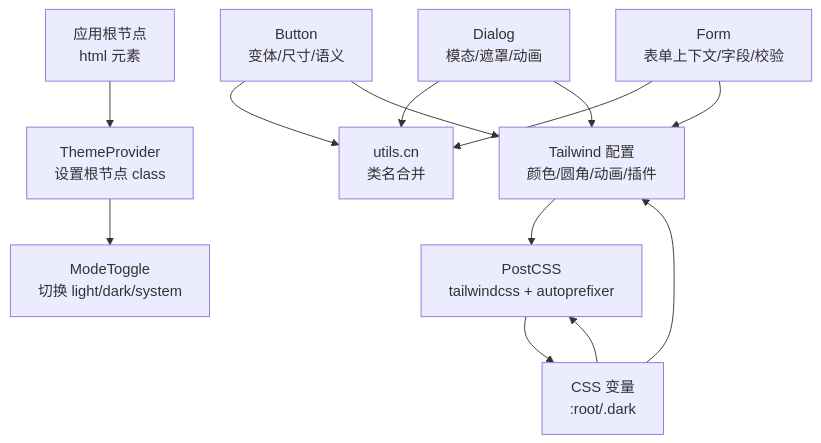
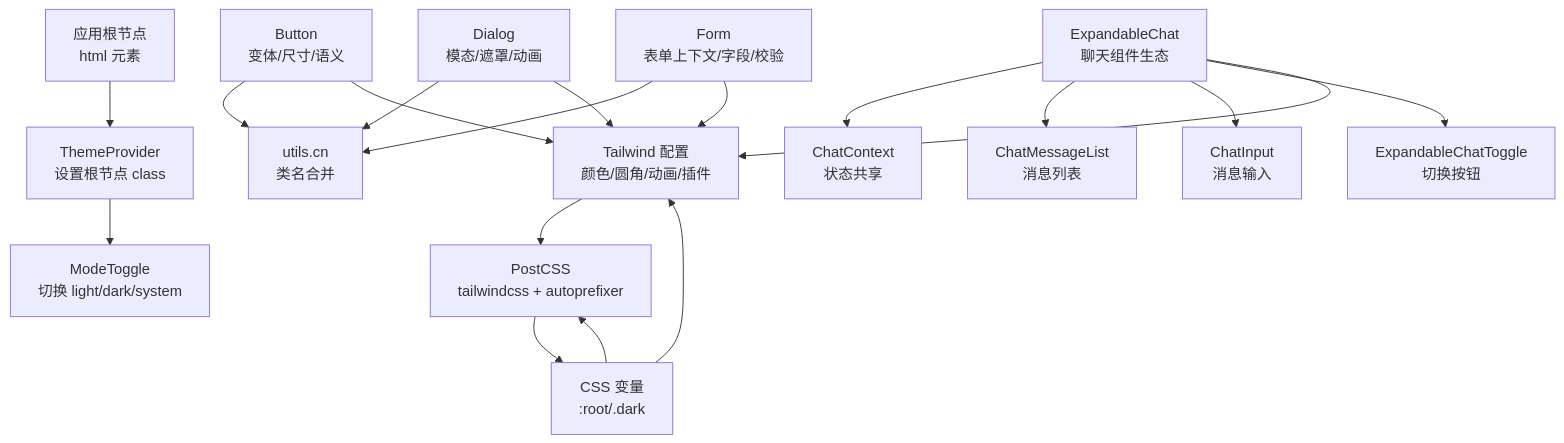
The second of 14 diagrams in .qoder/repowiki/zh/content/架构设计/UI组件架构/UI组件架构.md (LRF0422/Kotion), drawn with Mermaid before and after one commit. The commit also changed other lines of this file and 10 other files, not shown here.

````diff
--- a/.qoder/repowiki/zh/content/架构设计/UI组件架构/UI组件架构.md
+++ b/.qoder/repowiki/zh/content/架构设计/UI组件架构/UI组件架构.md
@@ -132,25 +146,35 @@
 ```mermaid
 graph TB
 ROOT["应用根节点<br/>html 元素"]
 TP["ThemeProvider<br/>设置根节点 class"]
 MT["ModeToggle<br/>切换 light/dark/system"]
 BTN["Button<br/>变体/尺寸/语义"]
 DLG["Dialog<br/>模态/遮罩/动画"]
 FRM["Form<br/>表单上下文/字段/校验"]
+EXPCHAT["ExpandableChat<br/>聊天组件生态"]
 UTIL["utils.cn<br/>类名合并"]
+CTX["ChatContext<br/>状态共享"]
+MSG["ChatMessageList<br/>消息列表"]
+INPUT["ChatInput<br/>消息输入"]
+TOGGLE["ExpandableChatToggle<br/>切换按钮"]
 TWCFG["Tailwind 配置<br/>颜色/圆角/动画/插件"]
 CSSVARS["CSS 变量<br/>:root/.dark"]
 POSTCSS["PostCSS<br/>tailwindcss + autoprefixer"]
 ROOT --> TP
 TP --> MT
 BTN --> UTIL
 DLG --> UTIL
 FRM --> UTIL
+EXPCHAT --> CTX
+EXPCHAT --> MSG
+EXPCHAT --> INPUT
+EXPCHAT --> TOGGLE
 BTN --> TWCFG
 DLG --> TWCFG
 FRM --> TWCFG
+EXPCHAT --> TWCFG
 CSSVARS --> TWCFG
 CSSVARS --> POSTCSS
 TWCFG --> POSTCSS
 POSTCSS --> CSSVARS
 ```
````
